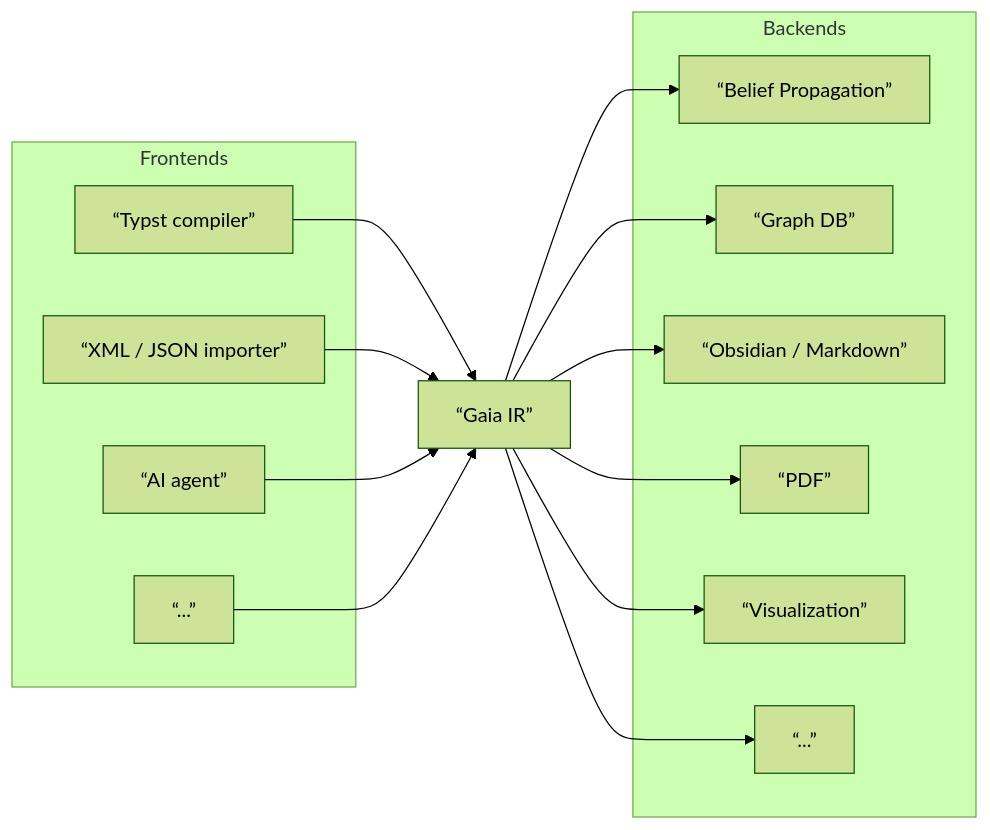
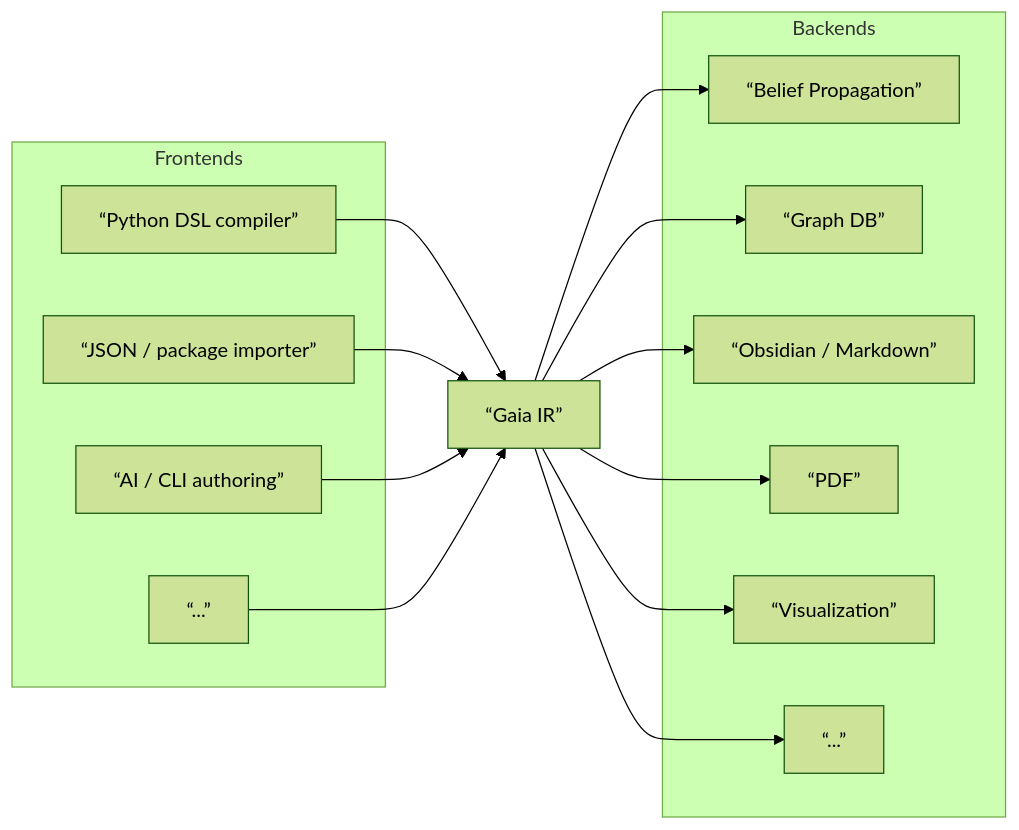
The first of 2 diagrams in docs/foundations/gaia-ir/01-overview.md (SiliconEinstein/Gaia), drawn with Mermaid (forest theme) before and after one commit. The commit also changed other lines of this file and 92 other files, not shown here.

````diff
--- a/docs/foundations/gaia-ir/01-overview.md
+++ b/docs/foundations/gaia-ir/01-overview.md
@@ -13,27 +13,27 @@
 ```mermaid
 graph LR
 subgraph Frontends
-F1[“Typst compiler”]
-F2[“XML / JSON importer”]
-F3[“AI agent”]
+F1[“Python DSL compiler”]
+F2[“JSON / package importer”]
+F3[“AI / CLI authoring”]
 F4[“...”]
 end
 subgraph Backends
 B1[“Belief Propagation”]
 B2[“Graph DB”]
 B3[“Obsidian / Markdown”]
 B4[“PDF”]
 B5[“Visualization”]
 B6[“...”]
 end
 F1 --> IR[“Gaia IR”]
 F2 --> IR
 F3 --> IR
 F4 --> IR
 IR --> B1
 IR --> B2
 IR --> B3
 IR --> B4
 IR --> B5
 IR --> B6
 ```
````
